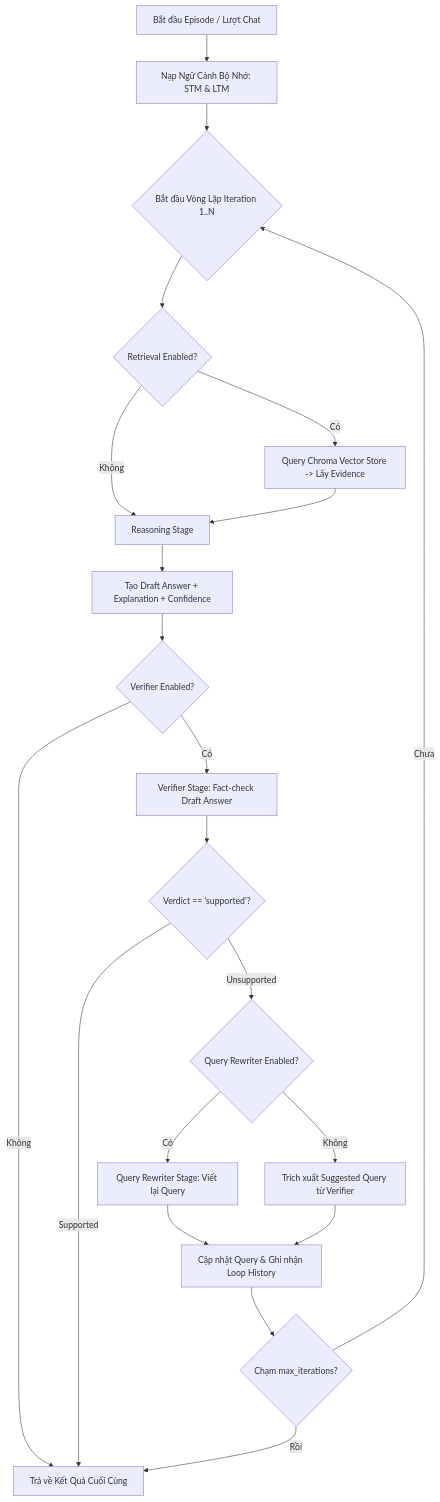
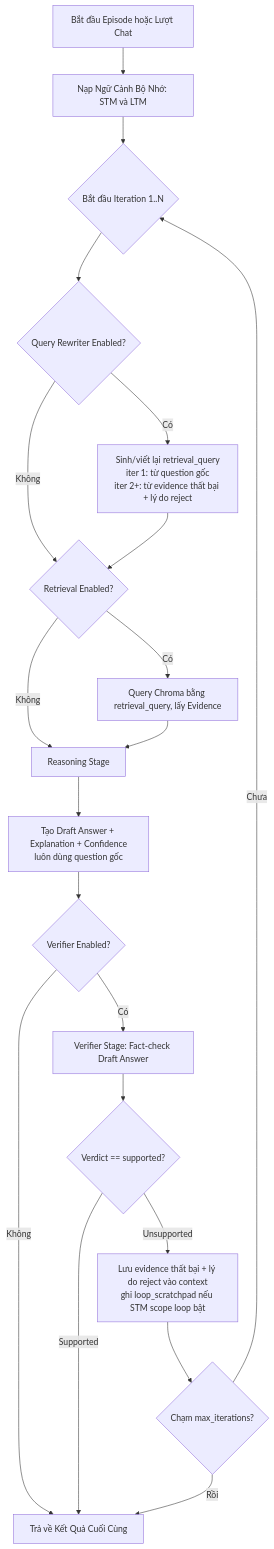
The diagram in README.md (cheese3105/medai-starter), drawn with Mermaid before and after one commit. The commit also changed other lines of this file and 3 other files, not shown here.

````diff
--- a/README.md
+++ b/README.md
@@ -198,23 +233,22 @@
 ```mermaid
 flowchart TD
-    A[Bắt đầu Episode / Lượt Chat] --> B[Nạp Ngữ Cảnh Bộ Nhớ: STM & LTM]
-    B --> C{Bắt đầu Vòng Lặp Iteration 1..N}
-    C --> D{Retrieval Enabled?}
-    D -- Có --> E[Query Chroma Vector Store -> Lấy Evidence]
-    D -- Không --> F[Reasoning Stage]
+    A[Bắt đầu Episode hoặc Lượt Chat] --> B[Nạp Ngữ Cảnh Bộ Nhớ: STM và LTM]
+    B --> C{Bắt đầu Iteration 1..N}
+    C --> D{Query Rewriter Enabled?}
+    D -- Có --> E["Sinh/viết lại retrieval_query<br/>iter 1: từ question gốc<br/>iter 2+: từ evidence thất bại + lý do reject"]
+    D -- Không --> F{Retrieval Enabled?}
     E --> F
-    F --> G[Tạo Draft Answer + Explanation + Confidence]
-    G --> H{Verifier Enabled?}
-    H -- Không --> Z[Trả về Kết Quả Cuối Cùng]
-    H -- Có --> I[Verifier Stage: Fact-check Draft Answer]
-    I --> J{Verdict == 'supported'?}
-    J -- Supported --> Z
-    J -- Unsupported --> K{Query Rewriter Enabled?}
-    K -- Có --> L[Query Rewriter Stage: Viết lại Query]
-    K -- Không --> M[Trích xuất Suggested Query từ Verifier]
-    L --> N[Cập nhật Query & Ghi nhận Loop History]
-    M --> N
-    N --> O{Chạm max_iterations?}
-    O -- Chưa --> C
-    O -- Rồi --> Z
+    F -- Có --> G[Query Chroma bằng retrieval_query, lấy Evidence]
+    F -- Không --> H[Reasoning Stage]
+    G --> H
+    H --> I["Tạo Draft Answer + Explanation + Confidence<br/>luôn dùng question gốc"]
+    I --> J{Verifier Enabled?}
+    J -- Không --> Z[Trả về Kết Quả Cuối Cùng]
+    J -- Có --> K[Verifier Stage: Fact-check Draft Answer]
+    K --> L{Verdict == supported?}
+    L -- Supported --> Z
+    L -- Unsupported --> M["Lưu evidence thất bại + lý do reject vào context<br/>ghi loop_scratchpad nếu STM scope loop bật"]
+    M --> N{Chạm max_iterations?}
+    N -- Chưa --> C
+    N -- Rồi --> Z
 ```
````
